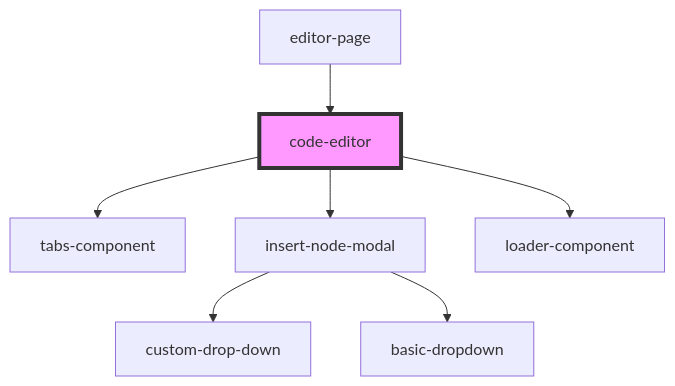
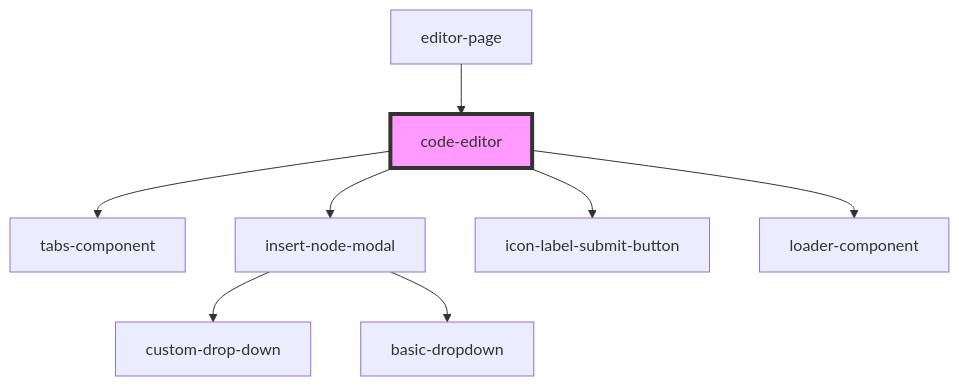
The diagram in src/components/editorPage/code-editor/readme.md (techvariable/NeptuneConnectComponents), drawn with Mermaid before and after one commit. The commit also changed other lines of this file and 28 other files, not shown here.

````diff
--- a/src/components/editorPage/code-editor/readme.md
+++ b/src/components/editorPage/code-editor/readme.md
@@ -30,10 +31,11 @@
 ```mermaid
 graph TD;
   code-editor --> tabs-component
   code-editor --> insert-node-modal
+  code-editor --> icon-label-submit-button
   code-editor --> loader-component
   insert-node-modal --> custom-drop-down
   insert-node-modal --> basic-dropdown
   editor-page --> code-editor
   style code-editor fill:#f9f,stroke:#333,stroke-width:4px
 ```
````
